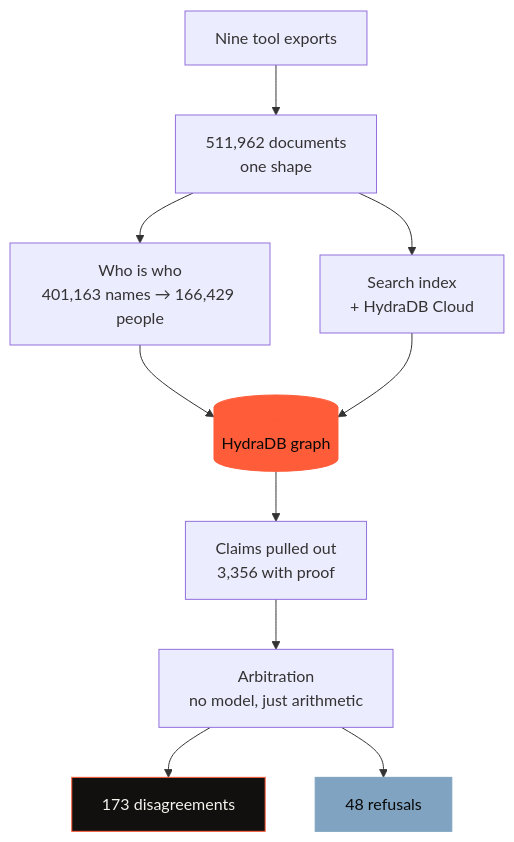
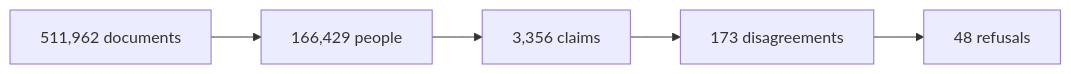
Before and after one commit to Shrujal00/glasshouse-hydradb: the diagram in README.md, drawn with Mermaid. The commit also changed other lines of this file, not shown here.

Commit message:
Simplify the pipeline diagram

````diff
--- a/README.md
+++ b/README.md
@@ -187,16 +189,7 @@
 ```mermaid
-flowchart TD
-    A["Nine tool exports"] --> B["511,962 documents<br/>one shape"]
-    B --> C["Who is who<br/>401,163 names → 166,429 people"]
-    B --> D["Search index<br/>+ HydraDB Cloud"]
-    C --> E[("HydraDB graph")]
-    D --> E
-    E --> F["Claims pulled out<br/>3,356 with proof"]
-    F --> G["Arbitration<br/>no model, just arithmetic"]
-    G --> H["173 disagreements"]
-    G --> I["48 refusals"]
-
-    style E fill:#FF5C39,stroke:#FF5C39,color:#0A0908
-    style I fill:#7FA3C0,stroke:#7FA3C0,color:#0A0908
-    style H fill:#12100E,stroke:#FF5C39,color:#F7F3EF
+flowchart LR
+    A["511,962 documents"] --> B["166,429 people"]
+    B --> C["3,356 claims"]
+    C --> D["173 disagreements"]
+    D --> E["48 refusals"]
 ```
````
